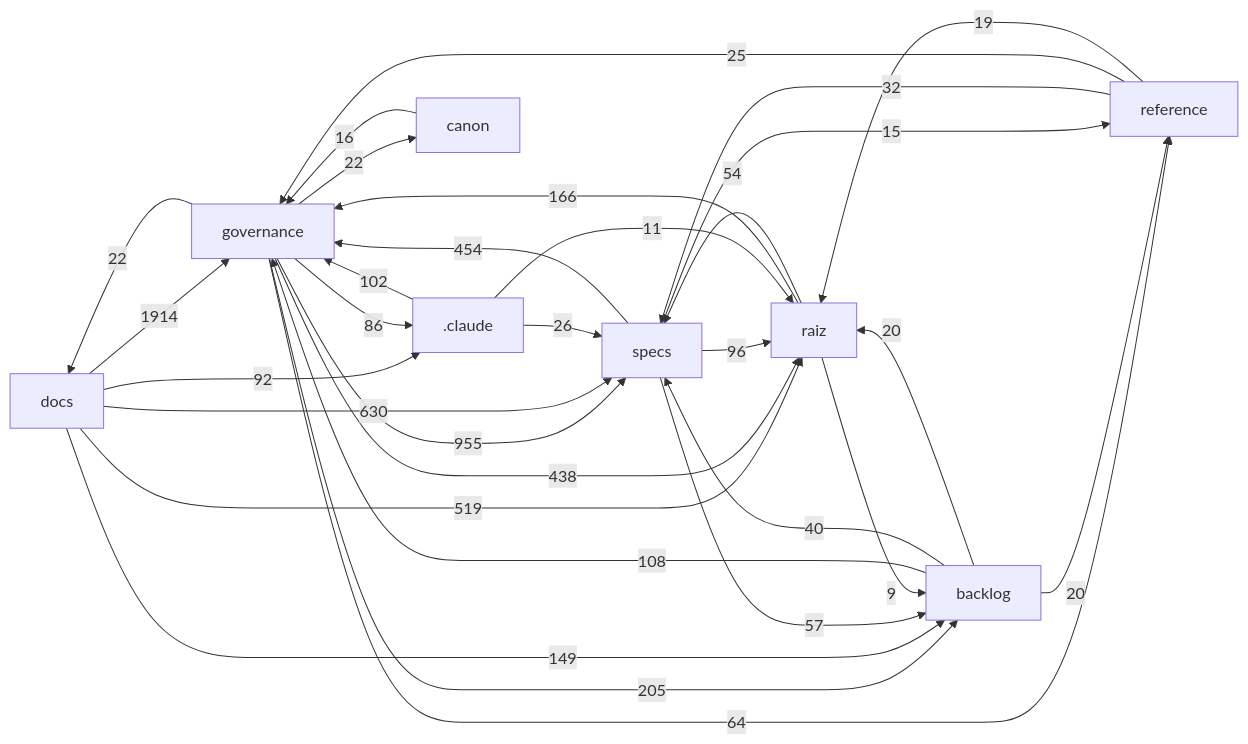
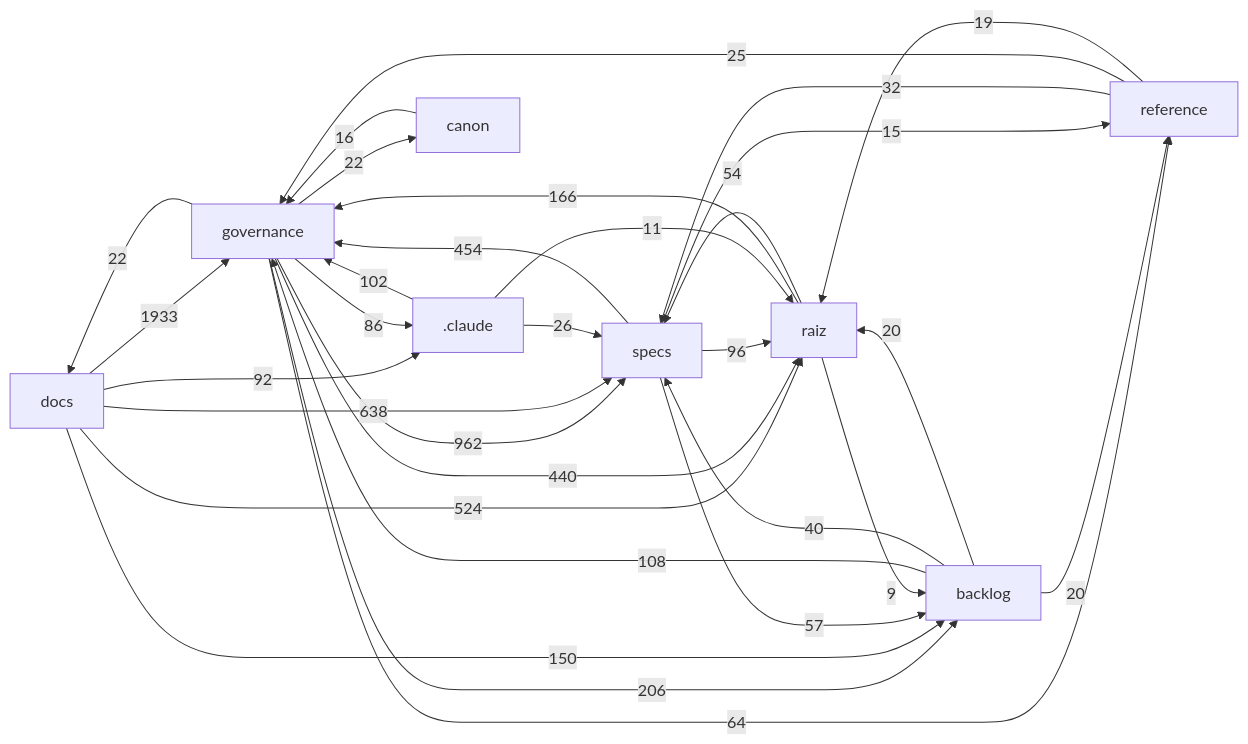
One commit to Andraus35/Sistema-Operacional-de-Trading--SOT changed the diagram in docs/mapa/MAPA-PROJETO.md. Above: the diagram before and after it, drawn with Mermaid. The commit also changed other lines of this file and 9 other files, not shown here.

````diff
--- a/docs/mapa/MAPA-PROJETO.md
+++ b/docs/mapa/MAPA-PROJETO.md
@@ -29,33 +29,33 @@
 ```mermaid
 flowchart LR
-  docs["docs"] -->|1914| governance["governance"]
-  governance["governance"] -->|955| specs["specs"]
-  docs["docs"] -->|630| specs["specs"]
-  docs["docs"] -->|519| raiz["raiz"]
+  docs["docs"] -->|1933| governance["governance"]
+  governance["governance"] -->|962| specs["specs"]
+  docs["docs"] -->|638| specs["specs"]
+  docs["docs"] -->|524| raiz["raiz"]
   specs["specs"] -->|454| governance["governance"]
-  governance["governance"] -->|438| raiz["raiz"]
-  governance["governance"] -->|205| backlog["backlog"]
+  governance["governance"] -->|440| raiz["raiz"]
+  governance["governance"] -->|206| backlog["backlog"]
   raiz["raiz"] -->|166| governance["governance"]
-  docs["docs"] -->|149| backlog["backlog"]
+  docs["docs"] -->|150| backlog["backlog"]
   backlog["backlog"] -->|108| governance["governance"]
   _claude[".claude"] -->|102| governance["governance"]
   specs["specs"] -->|96| raiz["raiz"]
   docs["docs"] -->|92| _claude[".claude"]
   governance["governance"] -->|86| _claude[".claude"]
   governance["governance"] -->|64| reference["reference"]
   specs["specs"] -->|57| backlog["backlog"]
   raiz["raiz"] -->|54| specs["specs"]
   backlog["backlog"] -->|40| specs["specs"]
   reference["reference"] -->|32| specs["specs"]
   _claude[".claude"] -->|26| specs["specs"]
   reference["reference"] -->|25| governance["governance"]
   governance["governance"] -->|22| docs["docs"]
   governance["governance"] -->|22| canon["canon"]
   backlog["backlog"] -->|20| raiz["raiz"]
   backlog["backlog"] -->|20| reference["reference"]
   reference["reference"] -->|19| raiz["raiz"]
   canon["canon"] -->|16| governance["governance"]
   specs["specs"] -->|15| reference["reference"]
   _claude[".claude"] -->|11| raiz["raiz"]
   raiz["raiz"] -->|9| backlog["backlog"]
 ```
````
